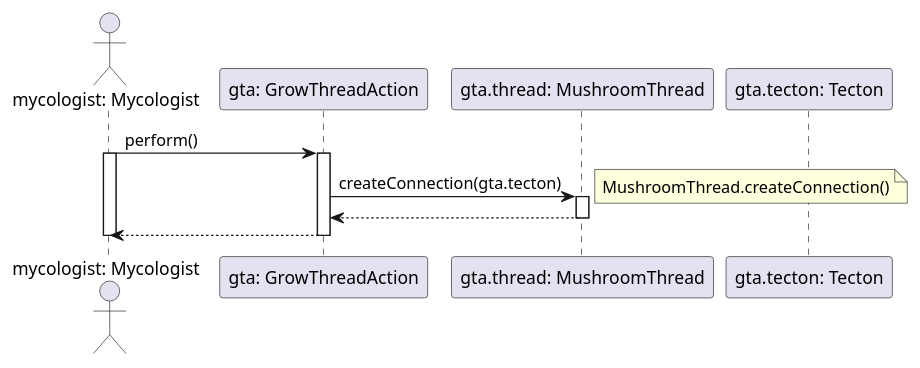
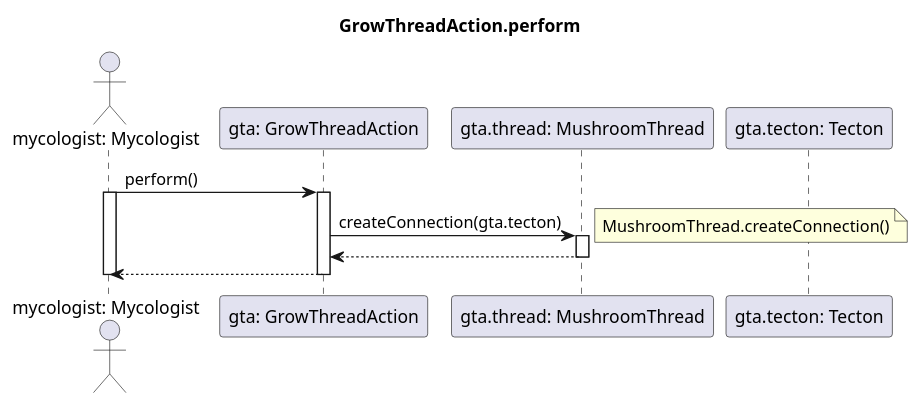
Before and after one commit to dzsem/projlab: the diagram in diagrams/sequence/action/growThreadAction.wsd, drawn with PlantUML. The commit also changed 4 other files, not shown here.

```diff
--- a/diagrams/sequence/action/growThreadAction.wsd
+++ b/diagrams/sequence/action/growThreadAction.wsd
@@ -1,22 +1,24 @@
 @startuml Grow Thread Action
+title GrowThreadAction.perform
+
 actor "mycologist: Mycologist" as mycologist
 participant "gta: GrowThreadAction" as gta
 participant "gta.thread: MushroomThread" as mt
 participant "gta.tecton: Tecton" as t
 
 mycologist -> gta: perform()
 activate mycologist
 activate gta
 
 gta -> mt: createConnection(gta.tecton)
 activate mt
 note right: MushroomThread.createConnection()
 
 mt --> gta
 deactivate mt
 
 mycologist <-- gta
 deactivate gta
 deactivate mycologist
 
 @enduml
```
